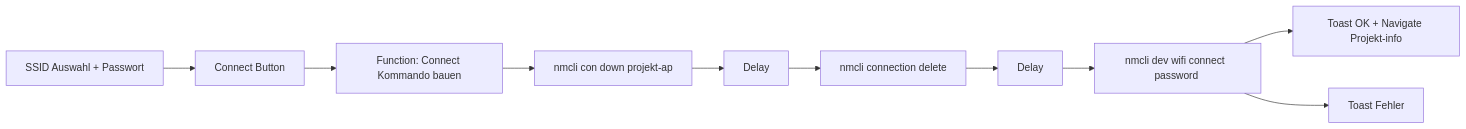
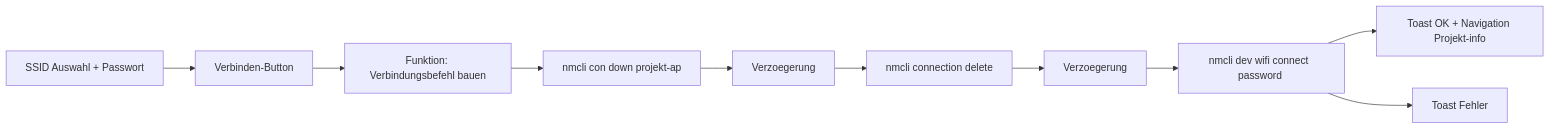
One commit to HerrnDK/Projekt changed diagram 13 of 13 in nodered/flows/FLOW_ARCHITEKTUR_PLAN.md. Above: the diagram before and after it, drawn with Mermaid. The commit also changed other lines of this file and 11 other files, not shown here.

````diff
--- a/nodered/flows/FLOW_ARCHITEKTUR_PLAN.md
+++ b/nodered/flows/FLOW_ARCHITEKTUR_PLAN.md
@@ -265,12 +265,12 @@
 ```mermaid
 flowchart LR
-  A[SSID Auswahl + Passwort] --> B[Connect Button]
-  B --> C[Function: Connect Kommando bauen]
+  A[SSID Auswahl + Passwort] --> B[Verbinden-Button]
+  B --> C[Funktion: Verbindungsbefehl bauen]
   C --> D[nmcli con down projekt-ap]
-  D --> E[Delay]
+  D --> E[Verzoegerung]
   E --> F[nmcli connection delete <SSID>]
-  F --> G[Delay]
+  F --> G[Verzoegerung]
   G --> H[nmcli dev wifi connect <SSID> password <PW>]
-  H --> I[Toast OK + Navigate Projekt-info]
+  H --> I[Toast OK + Navigation Projekt-info]
   H --> J[Toast Fehler]
 ```
````
